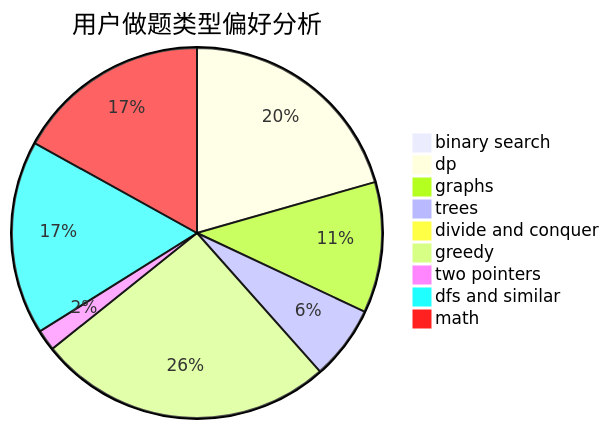
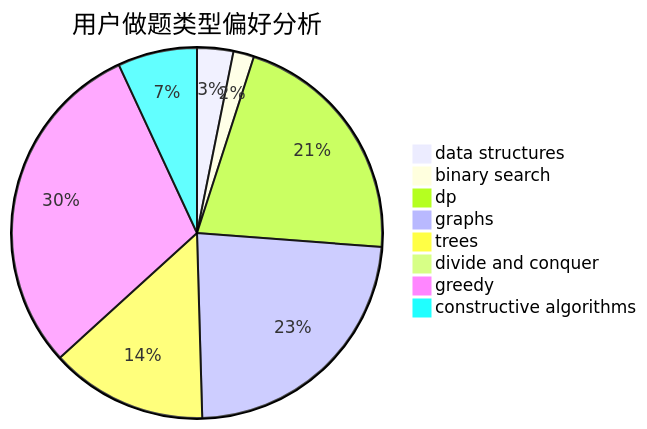
Before and after one commit to sherpahu/cfrs.github.io: the second of 3 diagrams in docs/user/u1454.md, drawn with Mermaid. The commit also changed other lines of this file and 2775 other files, not shown here.

````diff
--- a/docs/user/u1454.md
+++ b/docs/user/u1454.md
@@ -23,12 +23,11 @@
 ```mermaid
 pie title 用户做题类型偏好分析
-    "binary search" :  13
-    "dp" :  290
-    "graphs" :  161
+    "data structures" :  21
+    "binary search" :  12
+    "dp" :  141
+    "graphs" :  155
     "trees" :  91
     "divide and conquer" :  0
-    "greedy" :  364
-    "two pointers" :  26
-    "dfs and similar" :  239
-    "math" :  239
+    "greedy" :  198
+    "constructive algorithms" :  46
 ```
````
